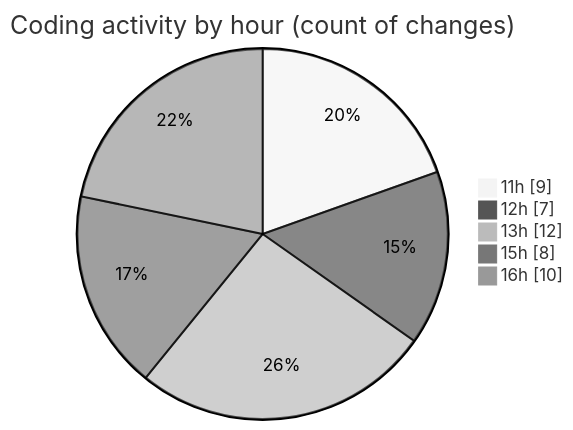
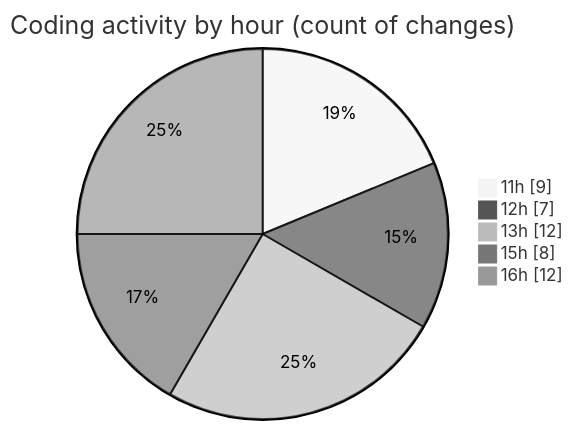
Before and after one commit to EIIisD/code-tracking: the second of 2 diagrams in 2025-08-07/ribbon/README.md, drawn with Mermaid (neutral theme). The commit also changed other lines of this file and 1 other file, not shown here.

````diff
--- a/2025-08-07/ribbon/README.md
+++ b/2025-08-07/ribbon/README.md
@@ -45,9 +45,9 @@
 ```mermaid
 pie showData
 title Coding activity by hour (count of changes)
 "11h" : 9
 "12h" : 7
 "13h" : 12
 "15h" : 8
-"16h" : 10
+"16h" : 12
 ```
````
